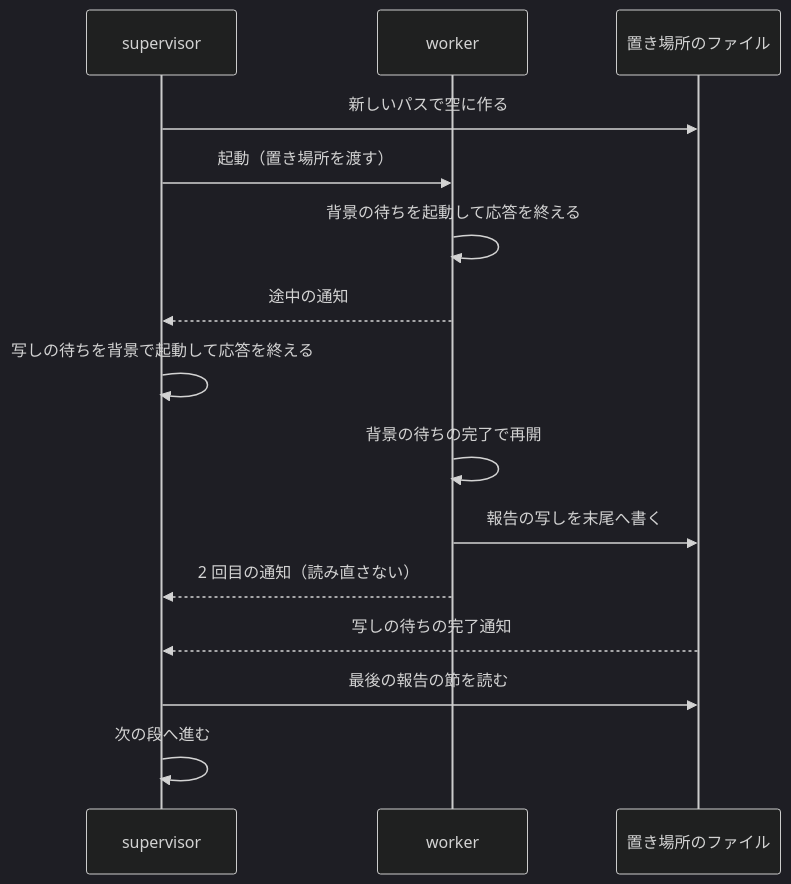
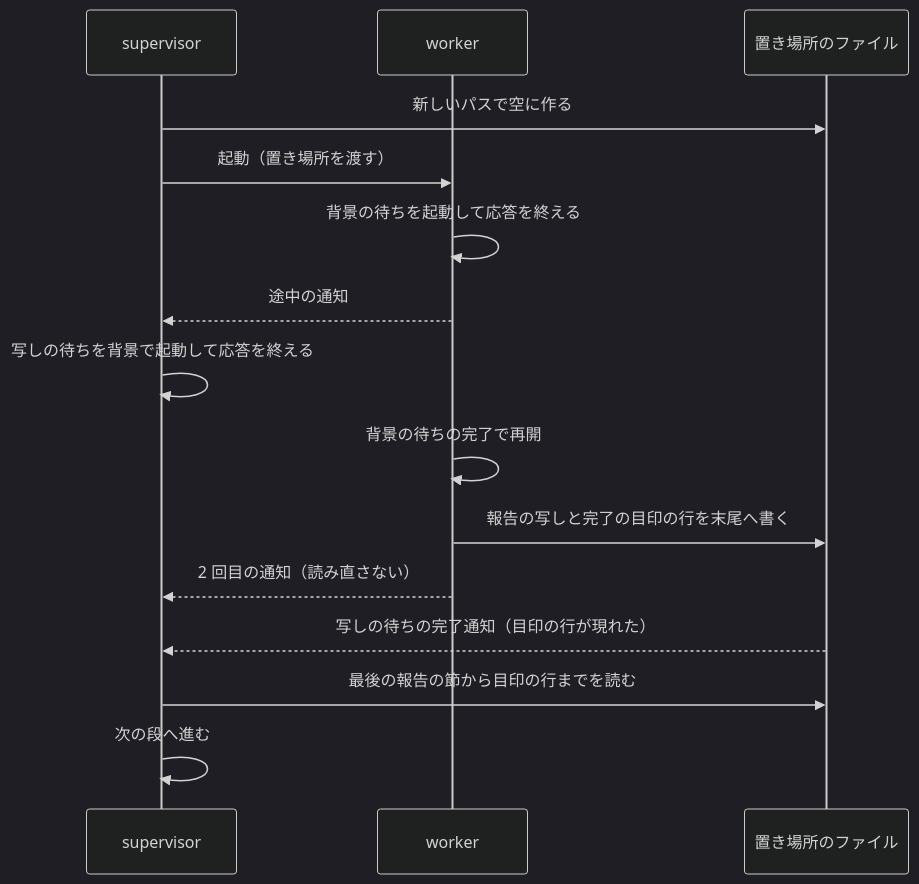
The diagram in issues/issue-892-901-design.md (devbasex/ai-plugins), drawn with Mermaid (dark theme) before and after one commit. The commit also changed other lines of this file and 2 other files, not shown here.

````diff
--- a/issues/issue-892-901-design.md
+++ b/issues/issue-892-901-design.md
@@ -155,17 +158,17 @@
 ```mermaid
 sequenceDiagram
     participant S as supervisor
     participant W as worker
     participant F as 置き場所のファイル
     S->>F: 新しいパスで空に作る
     S->>W: 起動（置き場所を渡す）
     W->>W: 背景の待ちを起動して応答を終える
     W-->>S: 途中の通知
     S->>S: 写しの待ちを背景で起動して応答を終える
     W->>W: 背景の待ちの完了で再開
-    W->>F: 報告の写しを末尾へ書く
+    W->>F: 報告の写しと完了の目印の行を末尾へ書く
     W-->>S: 2 回目の通知（読み直さない）
-    F-->>S: 写しの待ちの完了通知
-    S->>F: 最後の報告の節を読む
+    F-->>S: 写しの待ちの完了通知（目印の行が現れた）
+    S->>F: 最後の報告の節から目印の行までを読む
     S->>S: 次の段へ進む
 ```
````
